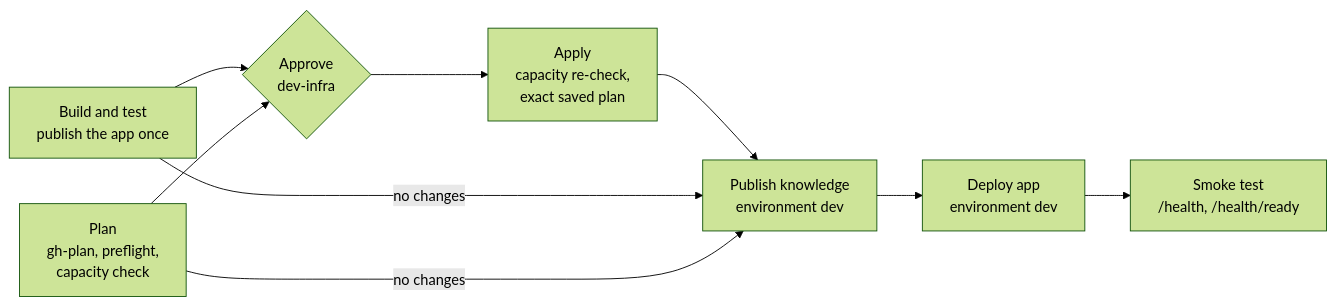
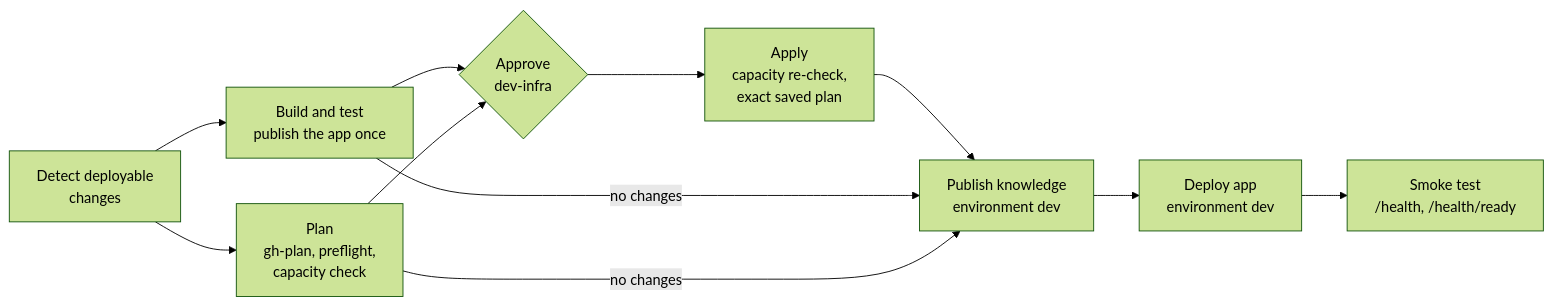
One commit to ankurparekh1988/payment-ops-investigation-agent changed the first of 2 diagrams in docs/Deployment.md. Above: the diagram before and after it, drawn with Mermaid (forest theme). The commit also changed other lines of this file and 2 other files, not shown here.

````diff
--- a/docs/Deployment.md
+++ b/docs/Deployment.md
@@ -203,11 +203,13 @@
 ```mermaid
 flowchart LR
+  C["Detect deployable<br/>changes"] --> B
+  C --> P
   B["Build and test<br/>publish the app once"] --> A
   P["Plan<br/>gh-plan, preflight,<br/>capacity check"] --> A{"Approve<br/>dev-infra"}
   A --> AP["Apply<br/>capacity re-check,<br/>exact saved plan"]
   AP --> K["Publish knowledge<br/>environment dev"]
   B -->|no changes| K
   P -->|no changes| K
   K --> D["Deploy app<br/>environment dev"]
   D --> S["Smoke test<br/>/health, /health/ready"]
 ```
````
